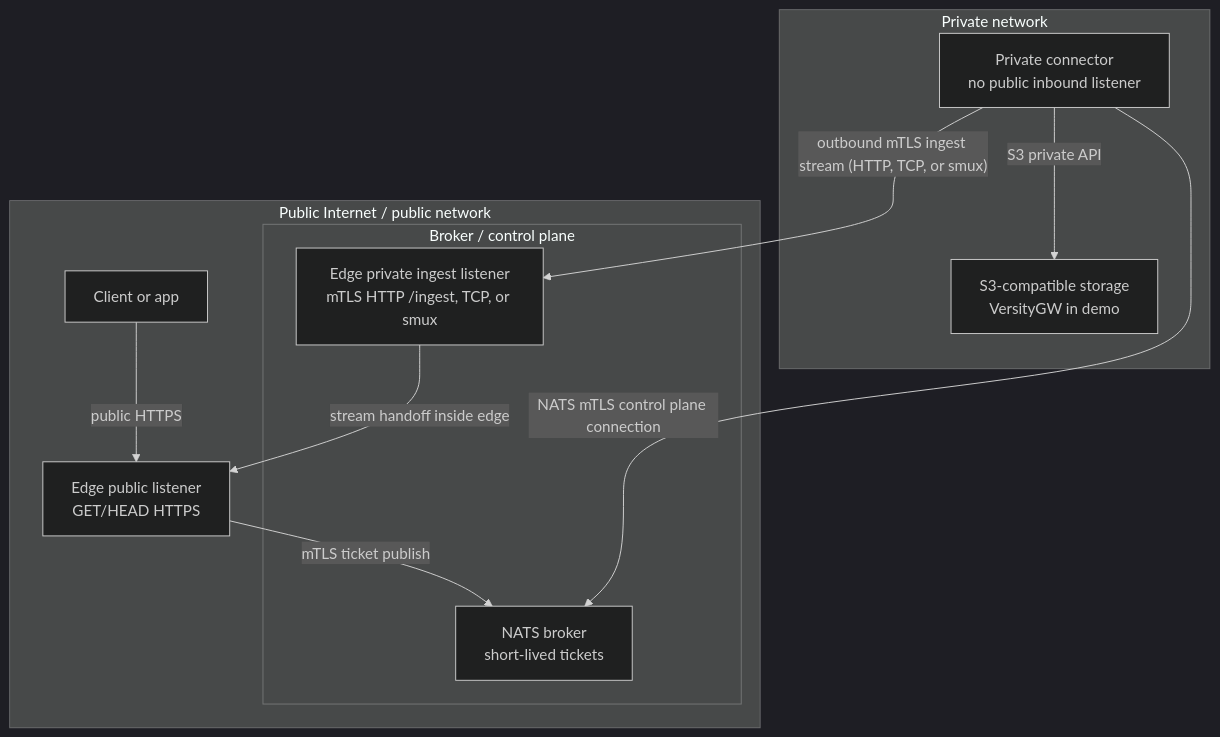
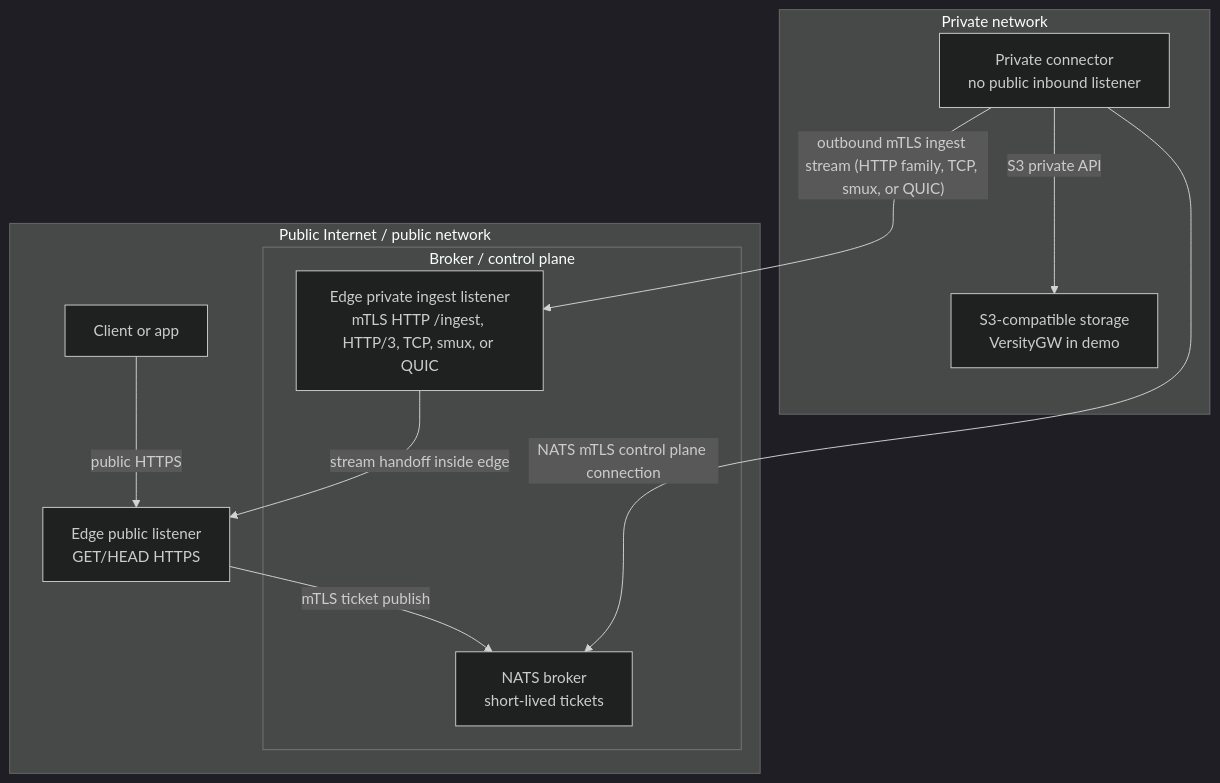
One commit to terion-name/air3 changed the second of 2 diagrams in README.md. Above: the diagram before and after it, drawn with Mermaid (dark theme). The commit also changed other lines of this file and 4 other files, not shown here.

Commit message:
docs: document quic and http3 ingest transports

````diff
--- a/README.md
+++ b/README.md
@@ -57,24 +57,24 @@
 ```mermaid
 flowchart TB
     subgraph Public["Public Internet / public network"]
         Client["Client or app"]
         PublicEdge["Edge public listener\nGET/HEAD HTTPS"]
 
         subgraph Broker["Broker / control plane"]
             NATS["NATS broker\nshort-lived tickets"]
-            Ingest["Edge private ingest listener\nmTLS HTTP /ingest, TCP, or smux"]
+            Ingest["Edge private ingest listener\nmTLS HTTP /ingest, HTTP/3, TCP, smux, or QUIC"]
         end
     end
 
     subgraph Private["Private network"]
         Connector["Private connector\nno public inbound listener"]
         S3["S3-compatible storage\nVersityGW in demo"]
     end
 
     Client -->|"public HTTPS"| PublicEdge
     PublicEdge -->|"mTLS ticket publish"| NATS
     Connector -->|"NATS mTLS control plane connection"| NATS
     Connector -->|"S3 private API"| S3
-    Connector -->|"outbound mTLS ingest stream (HTTP, TCP, or smux)"| Ingest
+    Connector -->|"outbound mTLS ingest stream (HTTP family, TCP, smux, or QUIC)"| Ingest
     Ingest -->|"stream handoff inside edge"| PublicEdge
 ```
````
